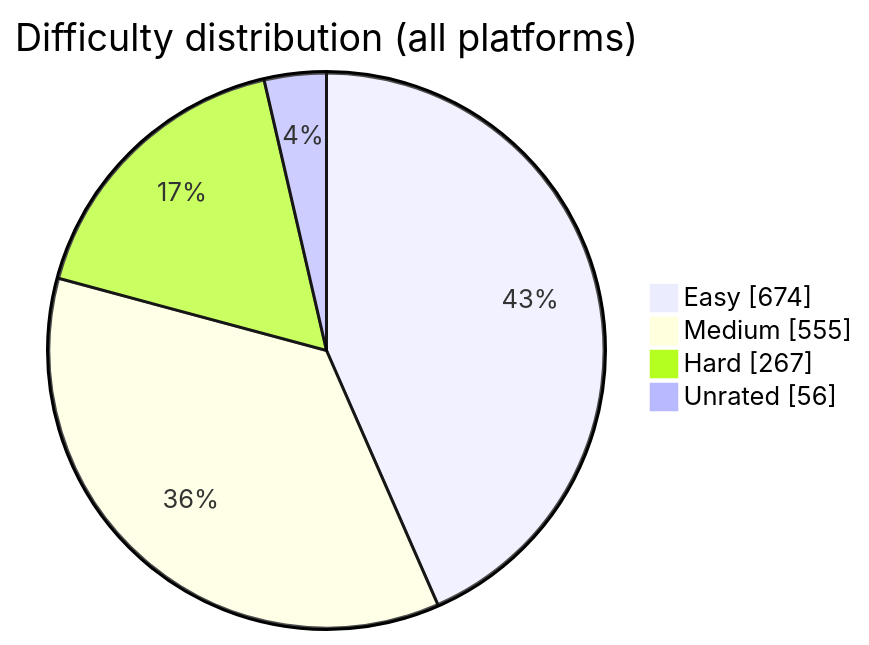
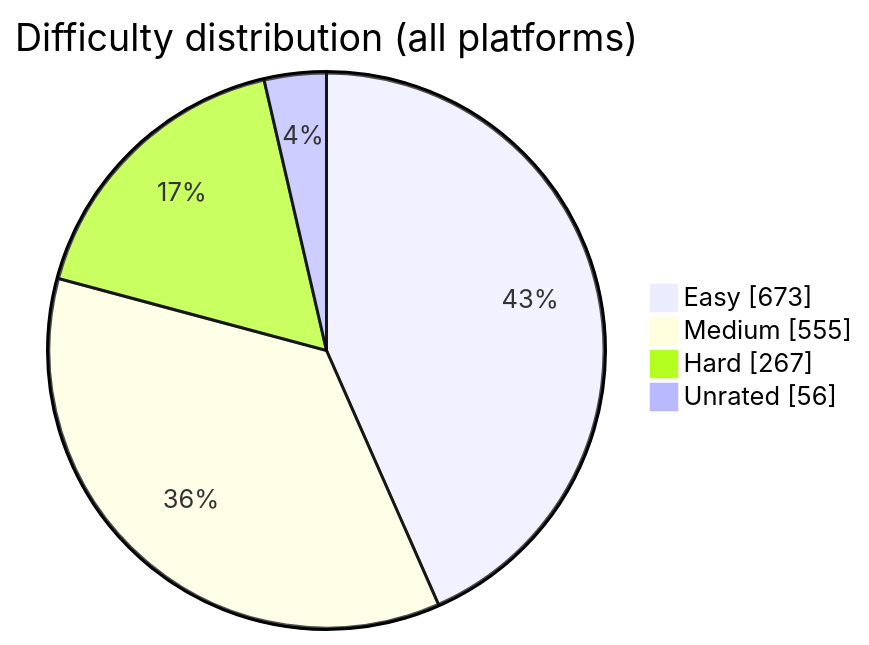
Before and after one commit to BuildbyArindam/Daily-Coding-Log: the diagram in README.md, drawn with Mermaid. The commit also changed other lines of this file, not shown here.

````diff
--- a/README.md
+++ b/README.md
@@ -93,7 +93,7 @@
 ```mermaid
 pie showData title Difficulty distribution (all platforms)
-    "Easy" : 674
+    "Easy" : 673
     "Medium" : 555
     "Hard" : 267
     "Unrated" : 56
 ```
````
